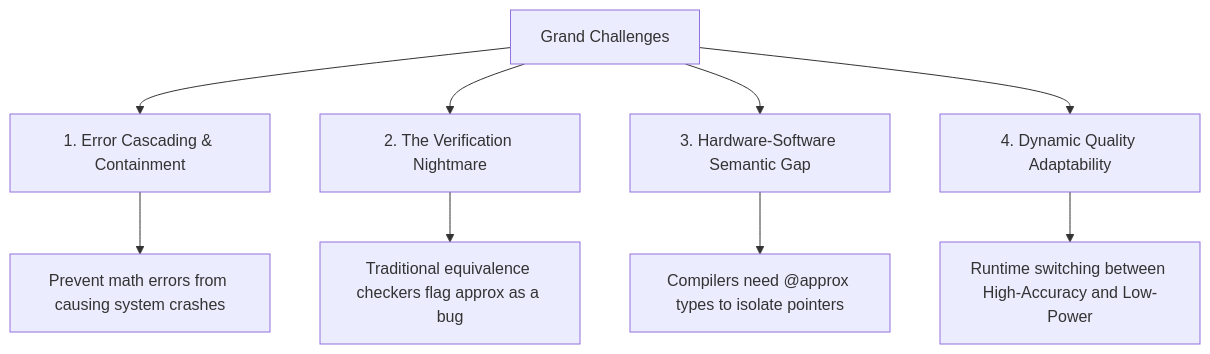
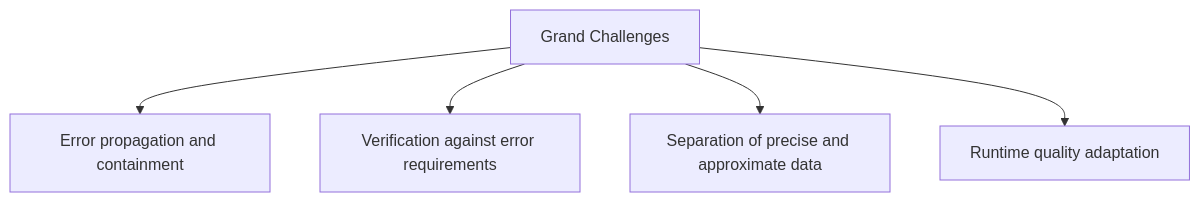
Before and after one commit to Inexact-Computing/public: the second of 2 diagrams in docs/fundamentals/motivations-and-challenges.md, drawn with Mermaid. The commit also changed other lines of this file and 32 other files, not shown here.

````diff
--- a/docs/fundamentals/motivations-and-challenges.md
+++ b/docs/fundamentals/motivations-and-challenges.md
@@ -39,12 +64,7 @@
 ```mermaid
 graph TD
-    C[Grand Challenges] --> CH1[1. Error Cascading & Containment]
-    C --> CH2[2. The Verification Nightmare]
-    C --> CH3[3. Hardware-Software Semantic Gap]
-    C --> CH4[4. Dynamic Quality Adaptability]
-
-    CH1 --> D1[Prevent math errors from causing system crashes]
-    CH2 --> D2[Traditional equivalence checkers flag approx as a bug]
-    CH3 --> D3[Compilers need @approx types to isolate pointers]
-    CH4 --> D4[Runtime switching between High-Accuracy and Low-Power]
+    C[Grand Challenges] --> CH1[Error propagation and containment]
+    C --> CH2[Verification against error requirements]
+    C --> CH3[Separation of precise and approximate data]
+    C --> CH4[Runtime quality adaptation]
 ```
````
